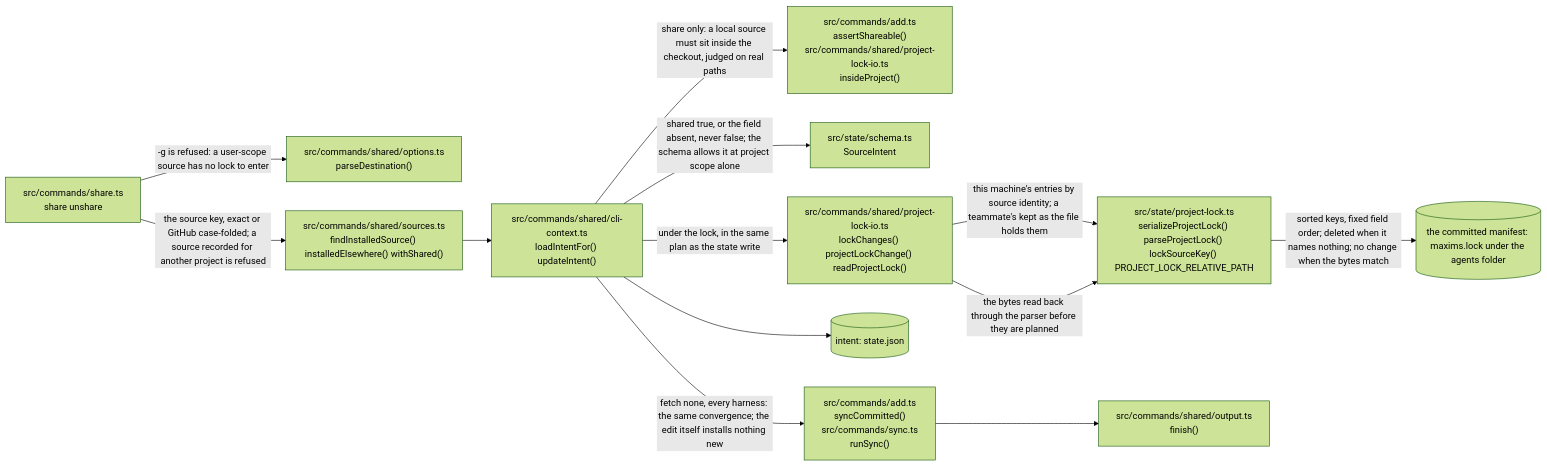
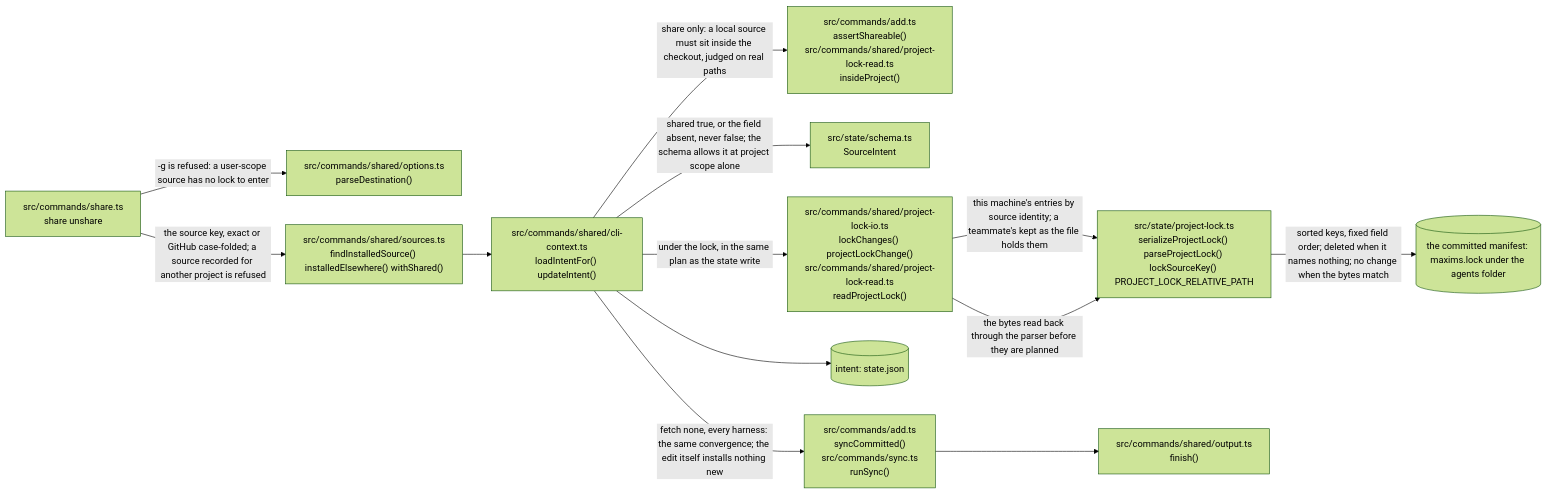
One commit to Vivswan/maxims changed diagram 13 of 15 in docs/architecture.md. Above: the diagram before and after it, drawn with Mermaid (forest theme). The commit also changed other lines of this file and 11 other files, not shown here.

````diff
--- a/docs/architecture.md
+++ b/docs/architecture.md
@@ -487,27 +487,27 @@
 ```mermaid
 flowchart LR
   verb["src/commands/share.ts<br>share unshare"]
   options["src/commands/shared/options.ts<br>parseDestination()"]
   find["src/commands/shared/sources.ts<br>findInstalledSource() installedElsewhere() withShared()"]
   intent["src/commands/shared/cli-context.ts<br>loadIntentFor() updateIntent()"]
-  shareable["src/commands/add.ts<br>assertShareable()<br>src/commands/shared/project-lock-io.ts<br>insideProject()"]
+  shareable["src/commands/add.ts<br>assertShareable()<br>src/commands/shared/project-lock-read.ts<br>insideProject()"]
   schema["src/state/schema.ts<br>SourceIntent"]
-  lockio["src/commands/shared/project-lock-io.ts<br>lockChanges() projectLockChange() readProjectLock()"]
+  lockio["src/commands/shared/project-lock-io.ts<br>lockChanges() projectLockChange()<br>src/commands/shared/project-lock-read.ts<br>readProjectLock()"]
   plock["src/state/project-lock.ts<br>serializeProjectLock() parseProjectLock() lockSourceKey() PROJECT_LOCK_RELATIVE_PATH"]
   manifest[("the committed manifest: maxims.lock under the agents folder")]
   statefile[("intent: state.json")]
   after["src/commands/add.ts<br>syncCommitted()<br>src/commands/sync.ts<br>runSync()"]
   finish["src/commands/shared/output.ts<br>finish()"]
   verb -->|"-g is refused: a user-scope source has no lock to enter"| options
   verb -->|"the source key, exact or GitHub case-folded; a source recorded for another project is refused"| find
   find --> intent
   intent -->|"share only: a local source must sit inside the checkout, judged on real paths"| shareable
   intent -->|"shared true, or the field absent, never false; the schema allows it at project scope alone"| schema
   intent -->|"under the lock, in the same plan as the state write"| lockio
   lockio -->|"this machine's entries by source identity; a teammate's kept as the file holds them"| plock
   lockio -->|"the bytes read back through the parser before they are planned"| plock
   plock -->|"sorted keys, fixed field order; deleted when it names nothing; no change when the bytes match"| manifest
   intent --> statefile
   intent -->|"fetch none, every harness: the same convergence; the edit itself installs nothing new"| after
   after --> finish
 ```
````
